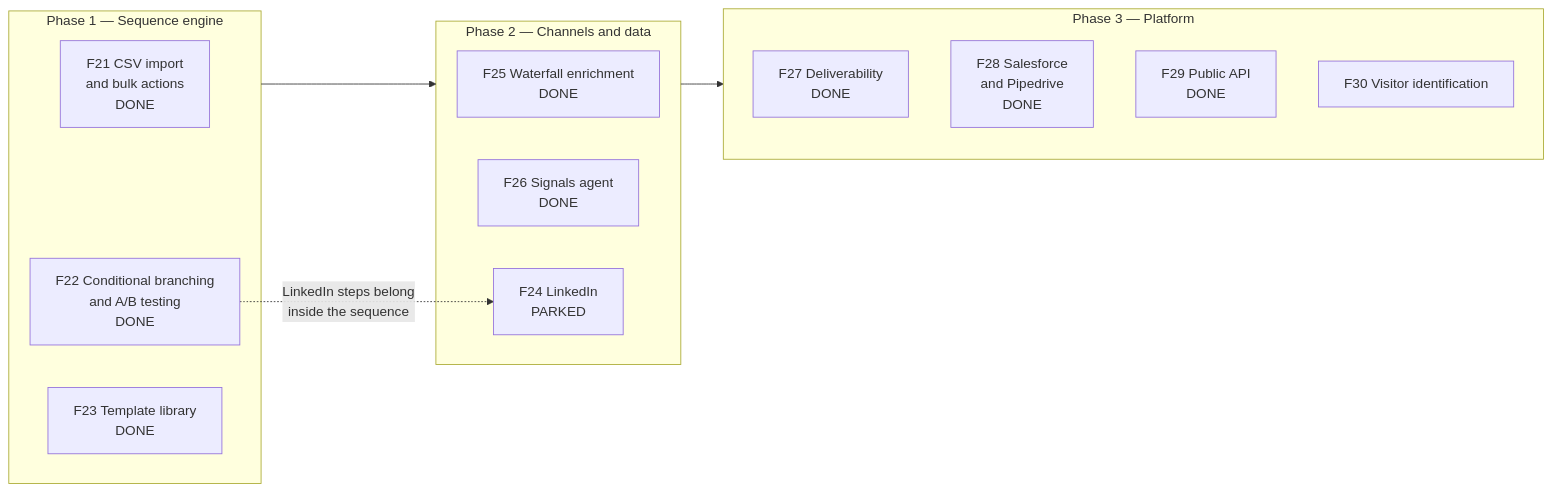
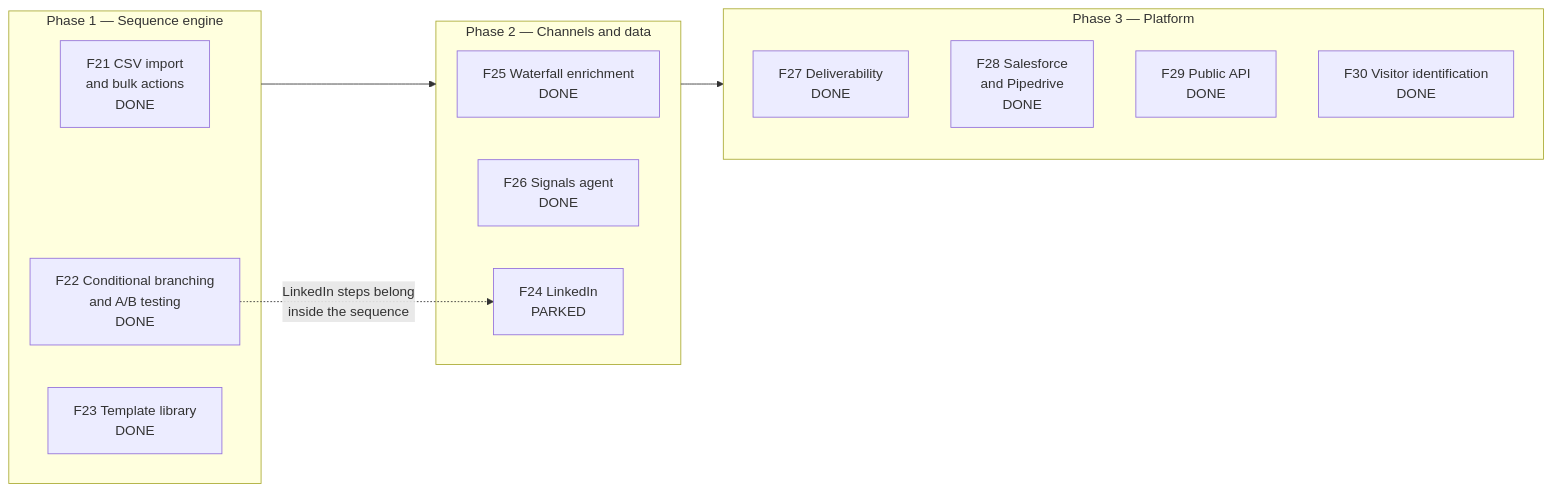
The diagram in docs/ROADMAP.md (MHassan-AiExpert/AI-SDR-Autonomous-Sales-Platform), drawn with Mermaid before and after one commit. The commit also changed other lines of this file and 26 other files, not shown here.

Commit message:
F30: company-level website visitor identification - cookie-free script, reverse-IP lookup, visit signals

````diff
--- a/docs/ROADMAP.md
+++ b/docs/ROADMAP.md
@@ -13,21 +13,21 @@
 ```mermaid
 flowchart LR
   subgraph P1[Phase 1 — Sequence engine]
     F21[F21 CSV import<br/>and bulk actions<br/>DONE]
     F22[F22 Conditional branching<br/>and A/B testing<br/>DONE]
     F23[F23 Template library<br/>DONE]
   end
   subgraph P2[Phase 2 — Channels and data]
     F25[F25 Waterfall enrichment<br/>DONE]
     F26[F26 Signals agent<br/>DONE]
     F24[F24 LinkedIn<br/>PARKED]
   end
   subgraph P3[Phase 3 — Platform]
     F27[F27 Deliverability<br/>DONE]
     F28[F28 Salesforce<br/>and Pipedrive<br/>DONE]
     F29[F29 Public API<br/>DONE]
-    F30[F30 Visitor identification]
+    F30[F30 Visitor identification<br/>DONE]
   end
   P1 --> P2 --> P3
   F22 -.->|LinkedIn steps belong<br/>inside the sequence| F24
 ```
````
